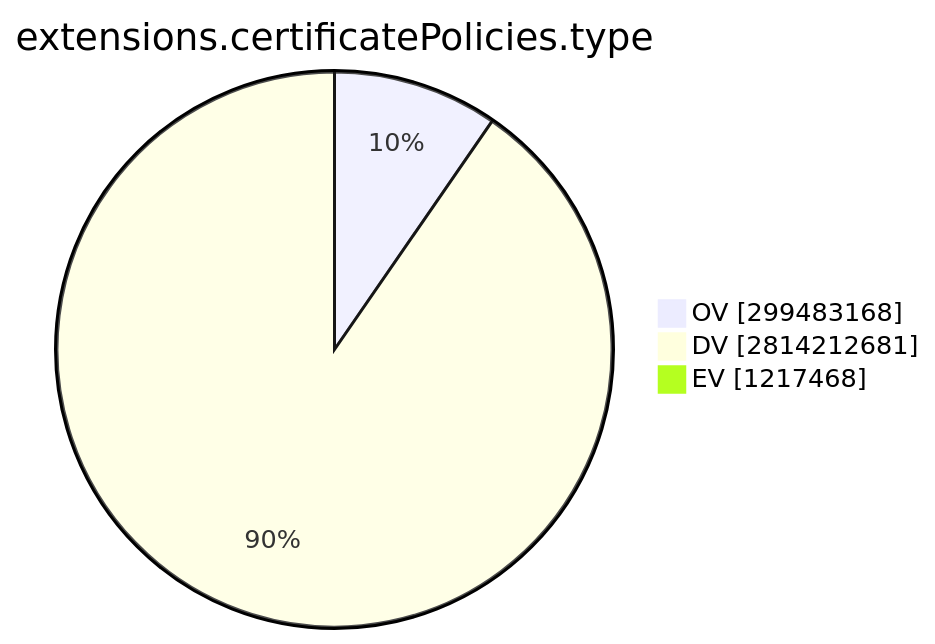
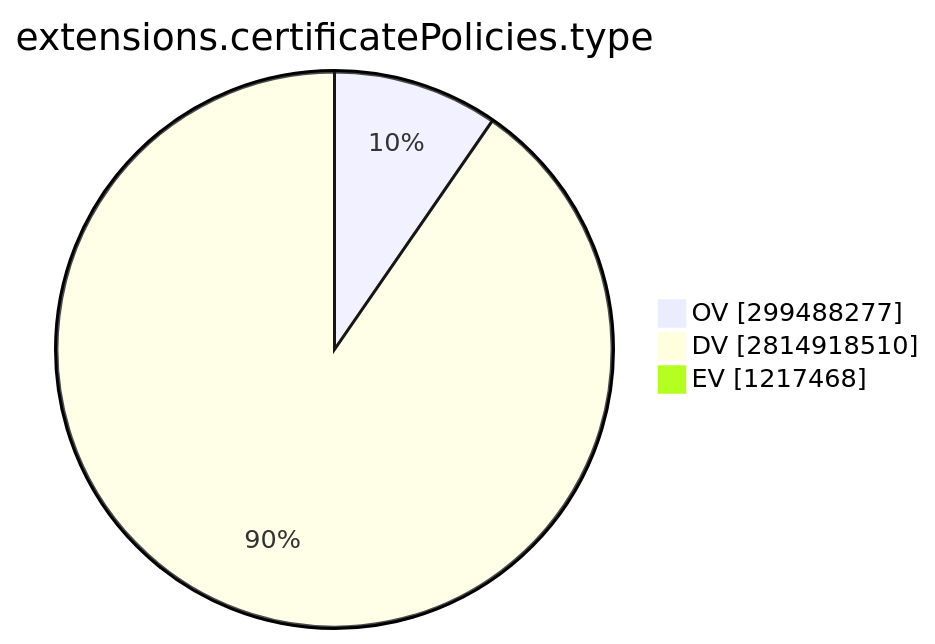
One commit to christiankrug/ctmonitor_visualization changed the ninth of 15 diagrams in TOTAL/README.md. Above: the diagram before and after it, drawn with Mermaid. The commit also changed other lines of this file, not shown here.

````diff
--- a/TOTAL/README.md
+++ b/TOTAL/README.md
@@ -3101,7 +3101,7 @@
 ```mermaid
 pie showData
 title extensions.certificatePolicies.type
-"OV" :299483168
-"DV" :2814212681
+"OV" :299488277
+"DV" :2814918510
 "EV" :1217468
 ```
````
